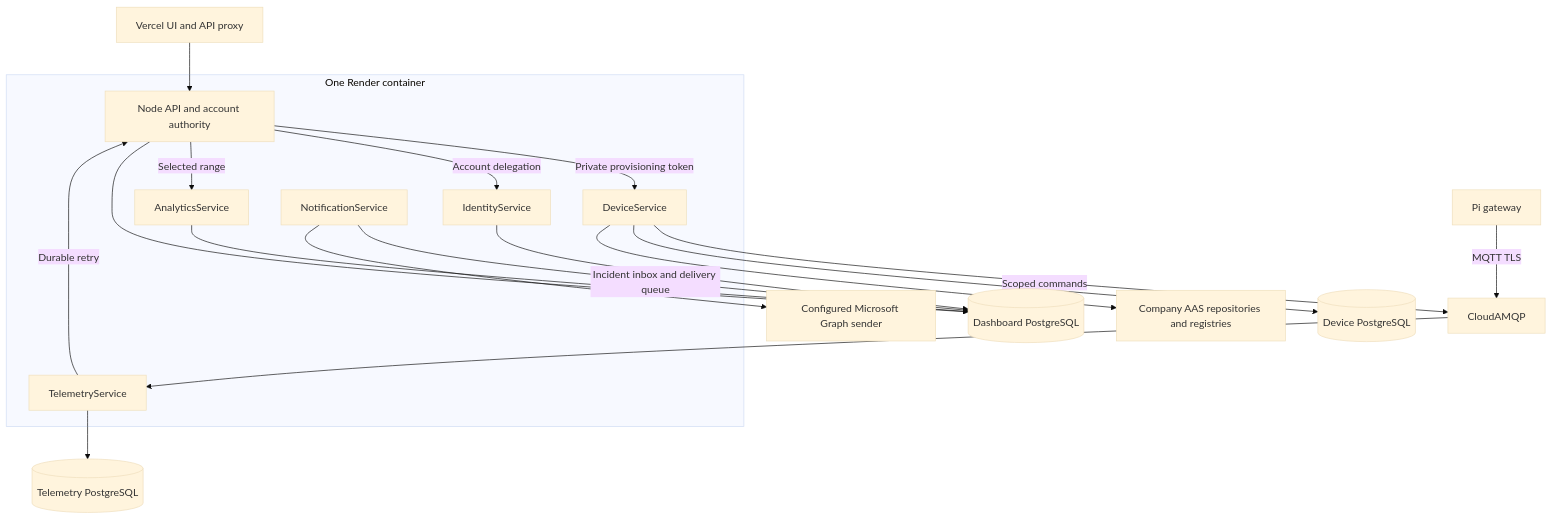
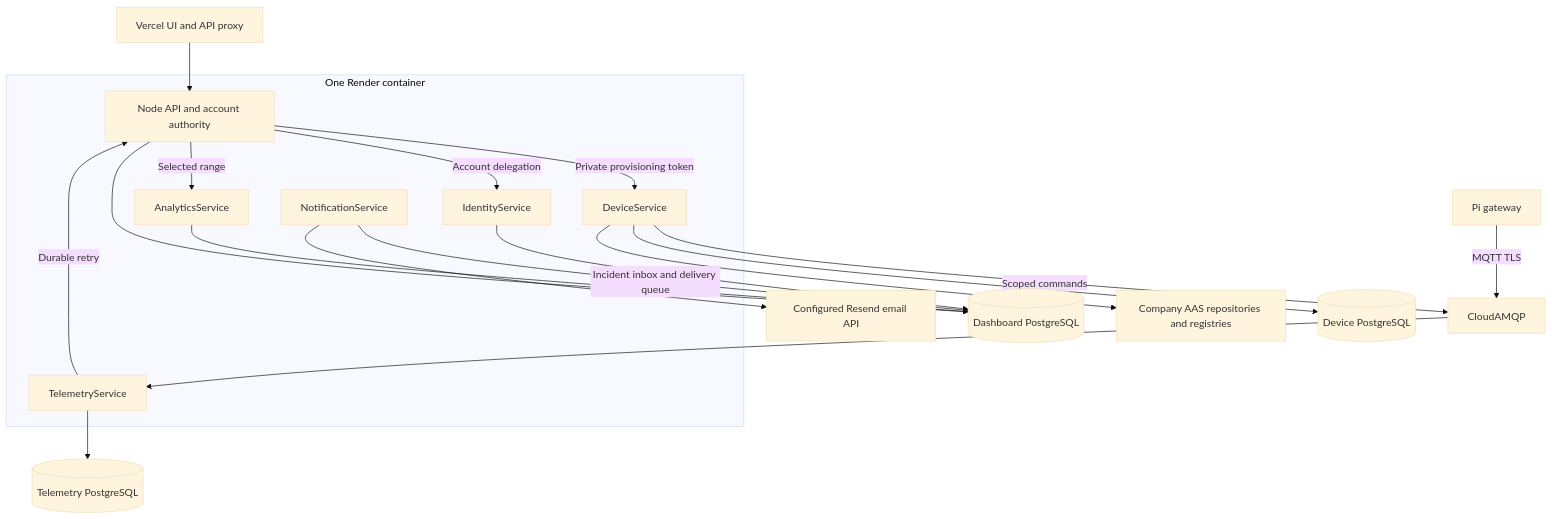
One commit to DruHustle/smart-factory-iot-backend changed the diagram in ARCHITECTURE.md. Above: the diagram before and after it, drawn with Mermaid (base theme). The commit also changed 13 other files, not shown here.

First line of the commit message:
feat: add asset deletion, Resend notifications, and production hardening

````diff
--- a/ARCHITECTURE.md
+++ b/ARCHITECTURE.md
@@ -5,22 +5,22 @@
 ```mermaid
 flowchart TB
   UI[Vercel UI and API proxy] --> Node[Node API and account authority]
   subgraph Render[One Render container]
     Node -->|Private provisioning token| Device[DeviceService]
     Node -->|Account delegation| Identity[IdentityService]
     Node -->|Selected range| Analytics[AnalyticsService]
     Telemetry[TelemetryService] -->|Durable retry| Node
     Notifications[NotificationService]
   end
   Node --> DashboardDB[(Dashboard PostgreSQL)]
   Identity --> DashboardDB
   Analytics --> DashboardDB
   Notifications -->|Incident inbox and delivery queue| DashboardDB
-  Notifications --> Graph[Configured Microsoft Graph sender]
+  Notifications --> Resend[Configured Resend email API]
   Pi[Pi gateway] -->|MQTT TLS| Broker[CloudAMQP]
   Broker --> Telemetry
   Device -->|Scoped commands| Broker
   Telemetry --> TelemetryDB[(Telemetry PostgreSQL)]
   Device --> DeviceDB[(Device PostgreSQL)]
   Device --> AAS[Company AAS repositories and registries]
 ```
````
